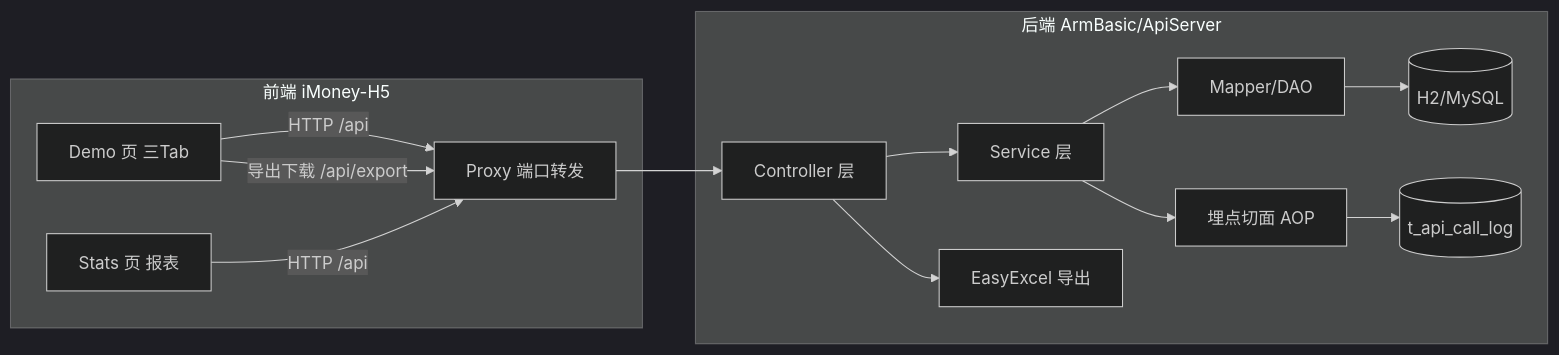
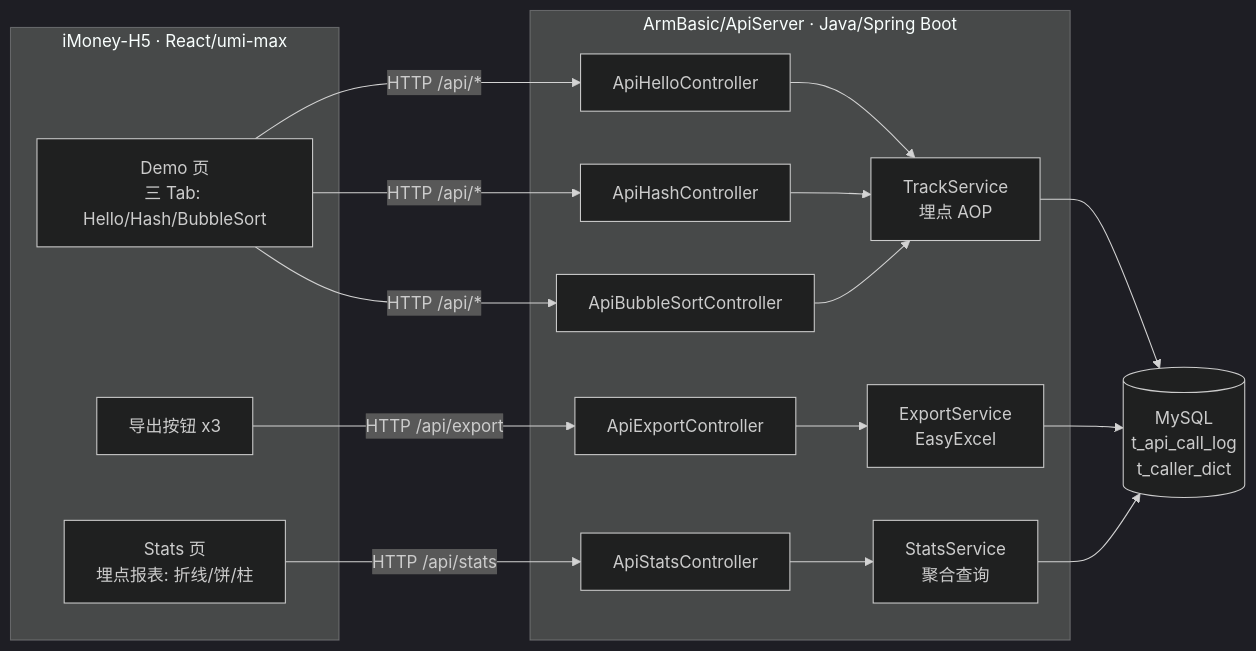
One commit to PH2498/ArmBasic changed the first of 5 diagrams in .agents/system.changes/design.md. Above: the diagram before and after it, drawn with Mermaid (dark theme). The commit also changed other lines of this file, not shown here.

````diff
--- a/.agents/system.changes/design.md
+++ b/.agents/system.changes/design.md
@@ -125,17 +84,32 @@
 ```mermaid
 graph LR
-    subgraph 前端 iMoney-H5
-        A[Demo 页 三Tab] -->|HTTP /api| P
-        B[Stats 页 报表] -->|HTTP /api| P
-        A -->|导出下载 /api/export| P
+    subgraph 前端[iMoney-H5 · React/umi-max]
+        D[Demo 页<br/>三 Tab: Hello/Hash/BubbleSort]
+        S[Stats 页<br/>埋点报表: 折线/饼/柱]
+        EX[导出按钮 x3]
     end
-    subgraph 后端 ArmBasic/ApiServer
-        P[Proxy 端口转发] --> C[Controller 层]
-        C --> S[Service 层]
-        S --> M[Mapper/DAO]
-        S --> AOP[埋点切面 AOP]
-        AOP --> LOG[(t_api_call_log)]
-        M --> DB[(H2/MySQL)]
-        C --> EX[EasyExcel 导出]
+    subgraph 后端[ArmBasic/ApiServer · Java/Spring Boot]
+        C1[ApiHelloController]
+        C2[ApiHashController]
+        C3[ApiBubbleSortController]
+        CE[ApiExportController]
+        CS[ApiStatsController]
+        TS[TrackService<br/>埋点 AOP]
+        DS[ExportService<br/>EasyExcel]
+        SS[StatsService<br/>聚合查询]
     end
+    DB[(MySQL<br/>t_api_call_log<br/>t_caller_dict)]
+    D -->|HTTP /api/*| C1
+    D -->|HTTP /api/*| C2
+    D -->|HTTP /api/*| C3
+    EX -->|HTTP /api/export| CE
+    S -->|HTTP /api/stats| CS
+    C1 --> TS
+    C2 --> TS
+    C3 --> TS
+    TS --> DB
+    CE --> DS
+    DS --> DB
+    CS --> SS
+    SS --> DB
 ```
````
